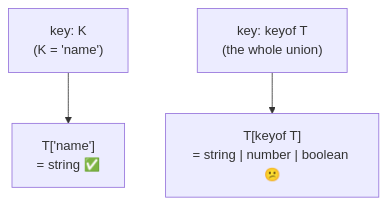
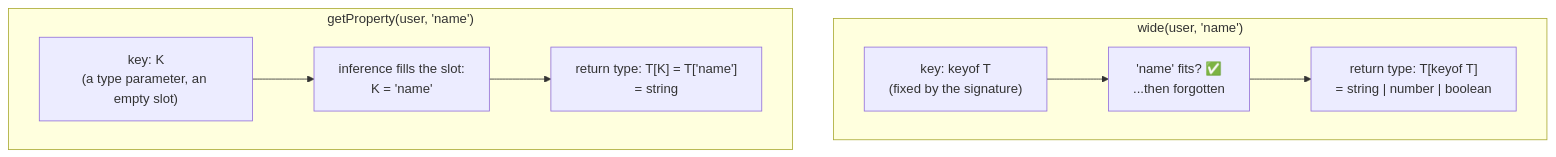
The second of 2 diagrams in playground/07-generics/lesson__keyof-lookup.md (cheer-cho/LearningCourse--TypeScript--build-by-Claude-Code), drawn with Mermaid before and after one commit. The commit also changed other lines of this file and 3 other files, not shown here.

````diff
--- a/playground/07-generics/lesson__keyof-lookup.md
+++ b/playground/07-generics/lesson__keyof-lookup.md
@@ -41,5 +71,11 @@
 ```mermaid
 flowchart TD
-    A["key: K<br/>(K = 'name')"] --> A2["T['name']<br/>= string ✅"]
-    B["key: keyof T<br/>(the whole union)"] --> B2["T[keyof T]<br/>= string | number | boolean 😕"]
+    subgraph W["wide(user, 'name')"]
+        W1["key: keyof T<br/>(fixed by the signature)"] --> W2["'name' fits? ✅<br/>...then forgotten"]
+        W2 --> W3["return type: T[keyof T]<br/>= string | number | boolean"]
+    end
+    subgraph G["getProperty(user, 'name')"]
+        G1["key: K<br/>(a type parameter, an empty slot)"] --> G2["inference fills the slot:<br/>K = 'name'"]
+        G2 --> G3["return type: T[K] = T['name']<br/>= string"]
+    end
 ```
````
